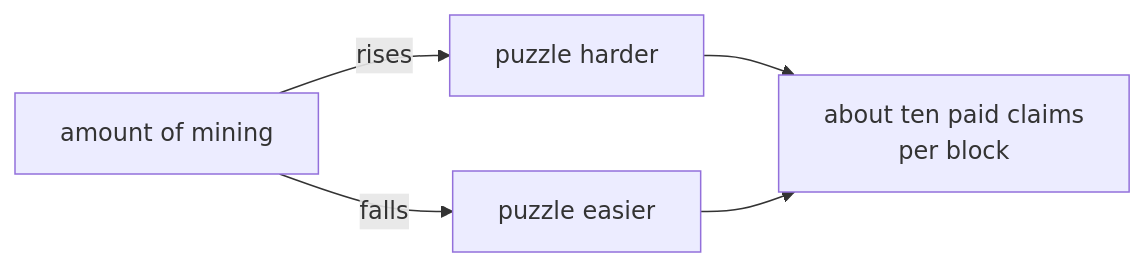
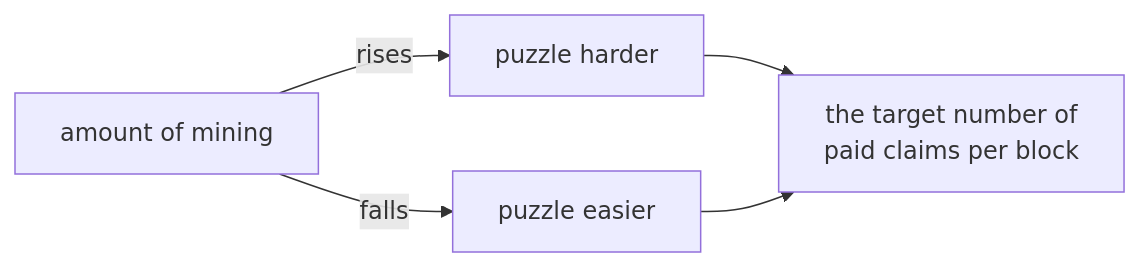
The second of 4 diagrams in docs/blockchain/raw/proof-of-work.md (logos-co/logos-lips), drawn with Mermaid before and after one commit. The commit also changed other lines of this file and 1 other file, not shown here.

````diff
--- a/docs/blockchain/raw/proof-of-work.md
+++ b/docs/blockchain/raw/proof-of-work.md
@@ -63,7 +63,7 @@
 ```mermaid
 graph LR
     m["amount of mining"] -- "rises" --> mh["puzzle harder"]
     m -- "falls" --> me["puzzle easier"]
-    mh --> mt["about ten paid claims<br/>per block"]
+    mh --> mt["the target number of<br/>paid claims per block"]
     me --> mt
 ```
````
